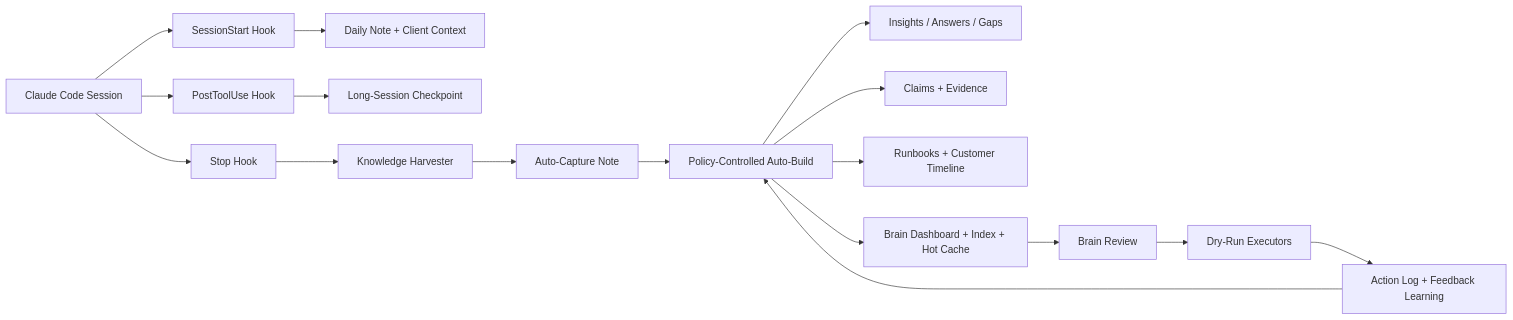
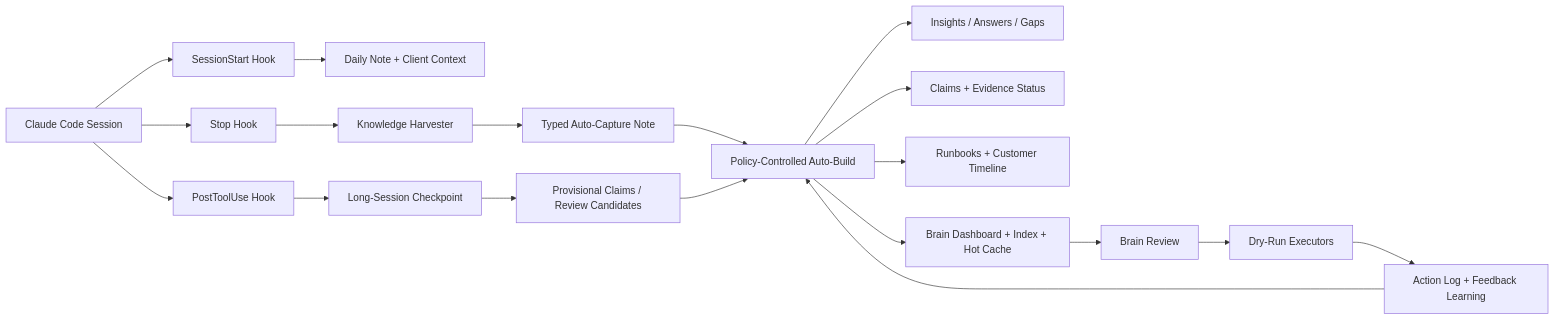
One commit to amolani/obsidian-brain-mcp-server changed the diagram in README.md. Above: the diagram before and after it, drawn with Mermaid. The commit also changed other lines of this file and 14 other files, not shown here.

````diff
--- a/README.md
+++ b/README.md
@@ -141,19 +141,21 @@
 ```mermaid
 flowchart LR
   A[Claude Code Session] --> B[SessionStart Hook]
   B --> C[Daily Note + Client Context]
   A --> D[PostToolUse Hook]
   D --> E[Long-Session Checkpoint]
   A --> F[Stop Hook]
   F --> G[Knowledge Harvester]
-  G --> H[Auto-Capture Note]
+  G --> H[Typed Auto-Capture Note]
   H --> I[Policy-Controlled Auto-Build]
+  E --> Q[Provisional Claims / Review Candidates]
+  Q --> I
   I --> J[Insights / Answers / Gaps]
-  I --> K[Claims + Evidence]
+  I --> K[Claims + Evidence Status]
   I --> L[Runbooks + Customer Timeline]
   I --> M[Brain Dashboard + Index + Hot Cache]
   M --> N[Brain Review]
   N --> O[Dry-Run Executors]
   O --> P[Action Log + Feedback Learning]
   P --> I
 ```
````
